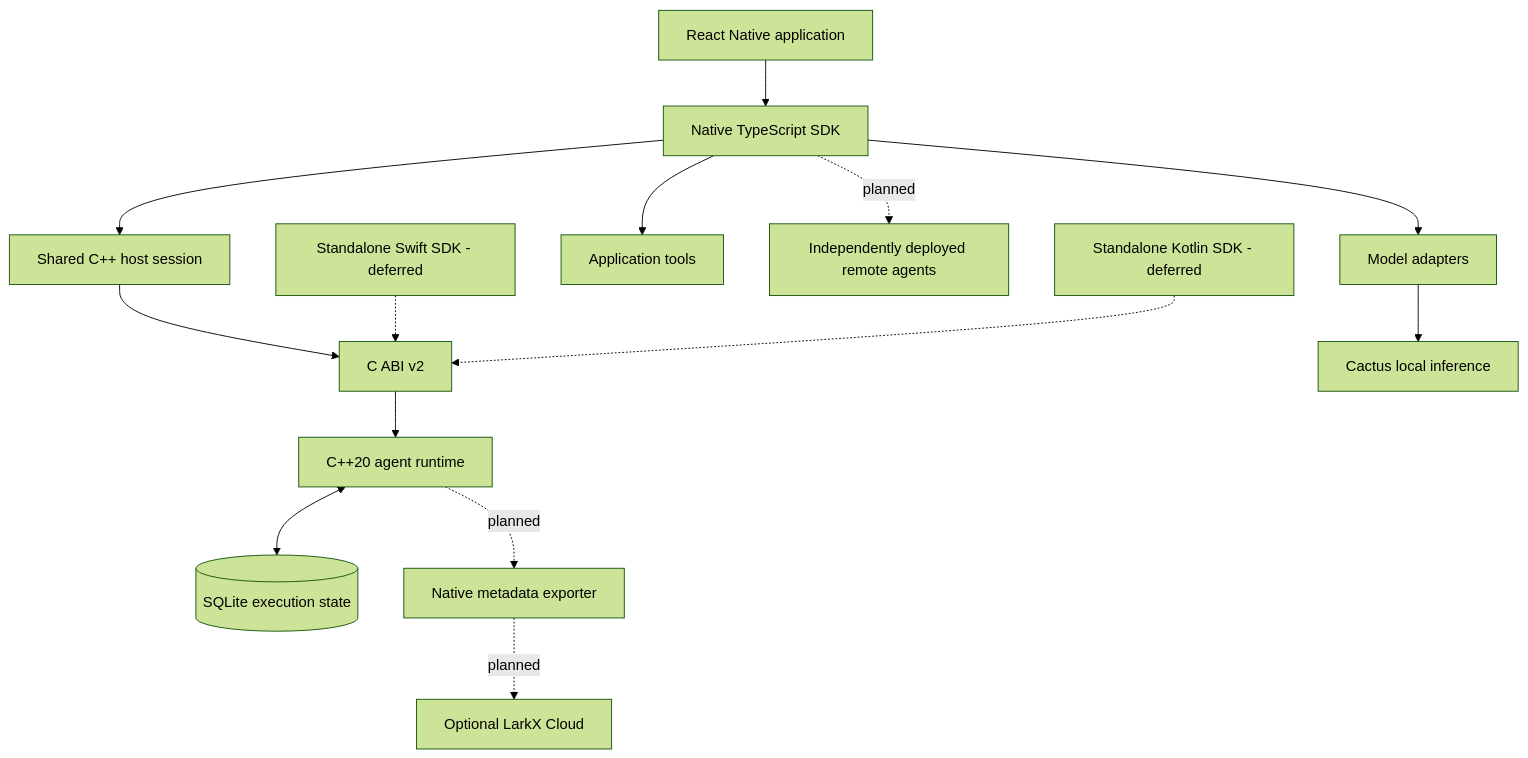
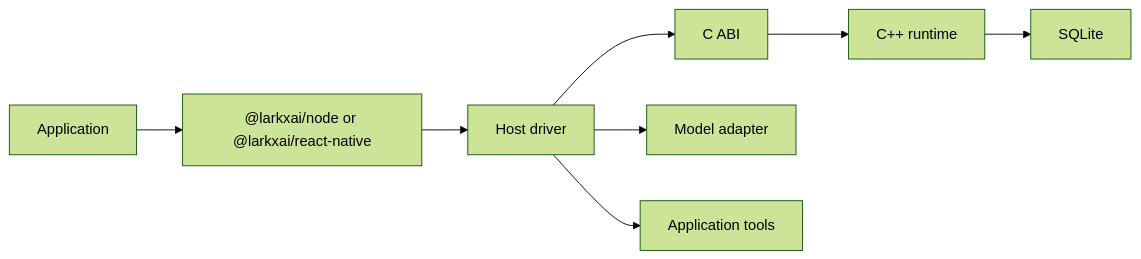
One commit to larkxai/larkx changed the diagram in README.md. Above: the diagram before and after it, drawn with Mermaid (forest theme). The commit also changed other lines of this file and 247 other files, not shown here.

````diff
--- a/README.md
+++ b/README.md
@@ -84,16 +190,10 @@
 ```mermaid
-flowchart TB
-  app[React Native application] --> sdk[Native TypeScript SDK]
-  sdk --> host[Shared C++ host session]
-  host --> abi[C ABI v2]
-  abi --> core[C++20 agent runtime]
-  core <--> db[(SQLite execution state)]
-  sdk --> model[Model adapters]
-  model --> cactus[Cactus local inference]
-  sdk --> tools[Application tools]
-  sdk -. planned .-> remote[Independently deployed remote agents]
-  core -. planned .-> telemetry[Native metadata exporter]
-  telemetry -. planned .-> cloud[Optional LarkX Cloud]
-  swift[Standalone Swift SDK - deferred] -.-> abi
-  kotlin[Standalone Kotlin SDK - deferred] -.-> abi
+flowchart LR
+  app["Application"] --> sdk["@larkxai/node or @larkxai/react-native"]
+  sdk --> driver["Host driver"]
+  driver --> abi["C ABI"]
+  abi --> core["C++ runtime"]
+  core --> db["SQLite"]
+  driver --> model["Model adapter"]
+  driver --> tools["Application tools"]
 ```
````
